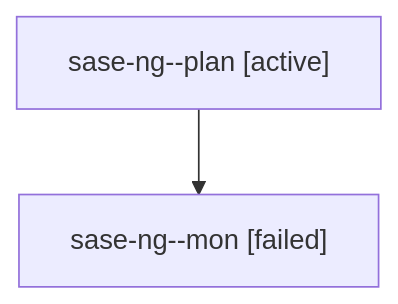
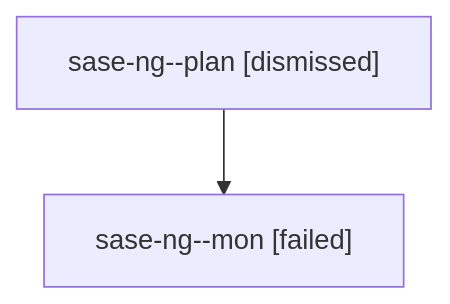
One commit to sase-org/sase--agents changed the diagram in sessions/bbugyi200.athena.sase-ng.md. Above: the diagram before and after it, drawn with Mermaid. The commit also changed other lines of this file and 219 other files, not shown here.

````diff
--- a/sessions/bbugyi200.athena.sase-ng.md
+++ b/sessions/bbugyi200.athena.sase-ng.md
@@ -9,6 +9,6 @@
 ```mermaid
 flowchart TD
-  n0["sase-ng--plan [active]"]
+  n0["sase-ng--plan [dismissed]"]
   n1["sase-ng--mon [failed]"]
   n0 --> n1
 ```
````
